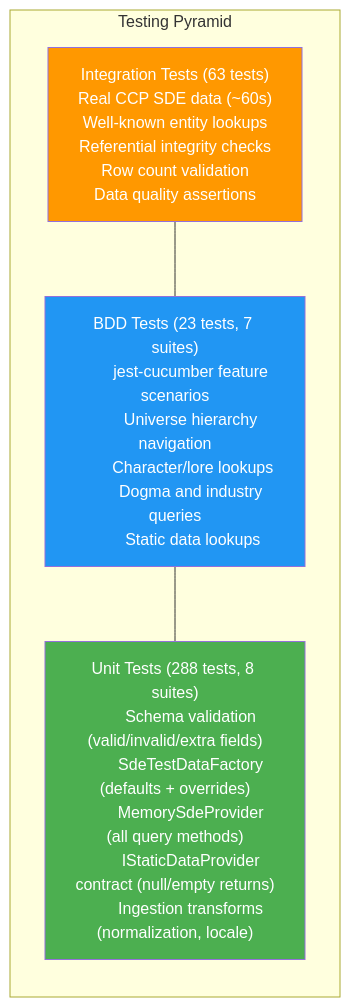
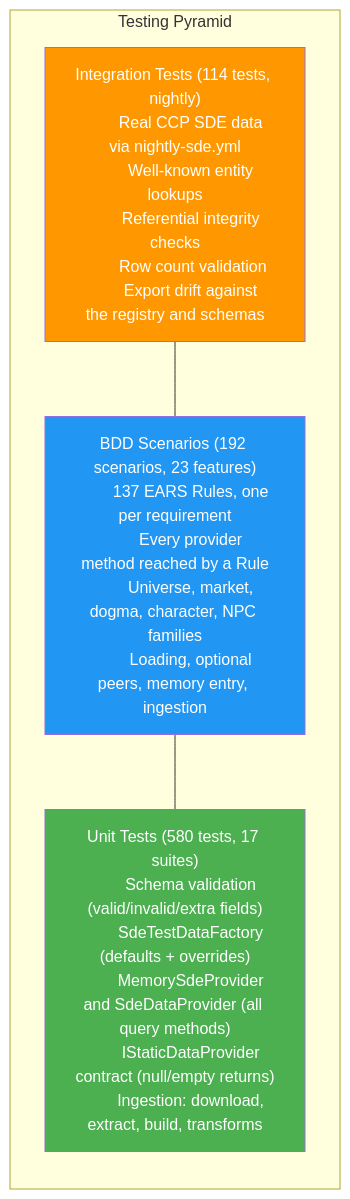
The sixth of 6 diagrams in guides/sde/ARCHITECTURE.md (lgriffin/ESI.ts), drawn with Mermaid before and after one commit. The commit also changed other lines of this file and 4 other files, not shown here.

````diff
--- a/guides/sde/ARCHITECTURE.md
+++ b/guides/sde/ARCHITECTURE.md
@@ -297,34 +297,33 @@
 ```mermaid
 graph TB
     subgraph "Testing Pyramid"
         direction TB
 
-        integration["Integration Tests (63 tests)
-        Real CCP SDE data (~60s)
+        integration["Integration Tests (114 tests, nightly)
+        Real CCP SDE data via nightly-sde.yml
         Well-known entity lookups
         Referential integrity checks
         Row count validation
-        Data quality assertions"]
+        Export drift against the registry and schemas"]
 
-        bdd["BDD Tests (23 tests, 7 suites)
-        jest-cucumber feature scenarios
-        Universe hierarchy navigation
-        Character/lore lookups
-        Dogma and industry queries
-        Static data lookups"]
+        bdd["BDD Scenarios (192 scenarios, 23 features)
+        137 EARS Rules, one per requirement
+        Every provider method reached by a Rule
+        Universe, market, dogma, character, NPC families
+        Loading, optional peers, memory entry, ingestion"]
 
-        unit["Unit Tests (288 tests, 8 suites)
+        unit["Unit Tests (580 tests, 17 suites)
         Schema validation (valid/invalid/extra fields)
         SdeTestDataFactory (defaults + overrides)
-        MemorySdeProvider (all query methods)
+        MemorySdeProvider and SdeDataProvider (all query methods)
         IStaticDataProvider contract (null/empty returns)
-        Ingestion transforms (normalization, locale)"]
+        Ingestion: download, extract, build, transforms"]
     end
 
     integration --- bdd
     bdd --- unit
 
     style unit fill:#4caf50,color:#fff
     style bdd fill:#2196f3,color:#fff
     style integration fill:#ff9800,color:#fff
 ```
````
